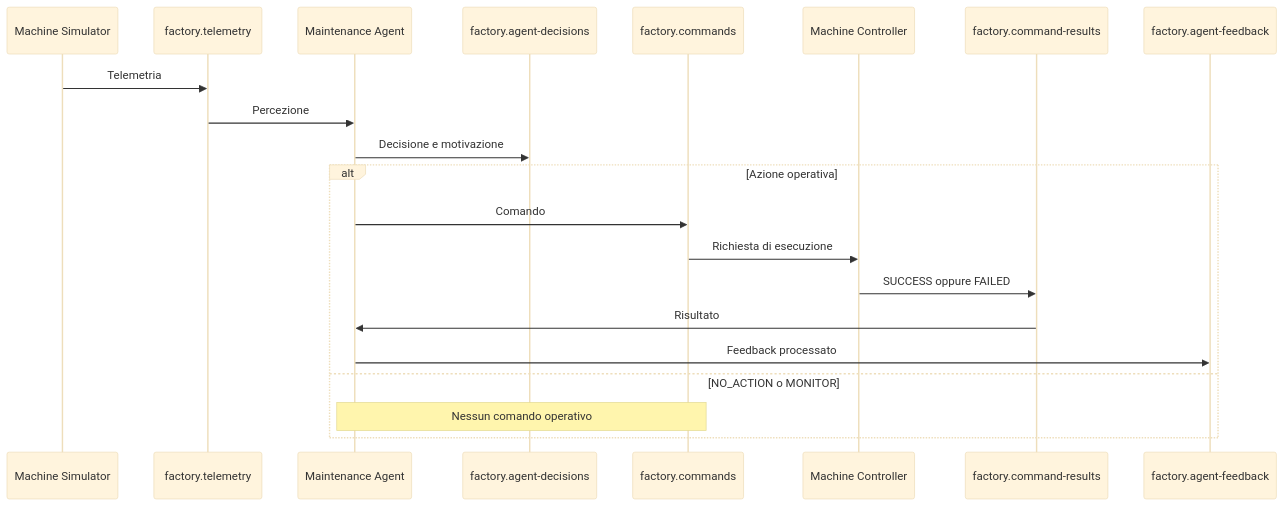
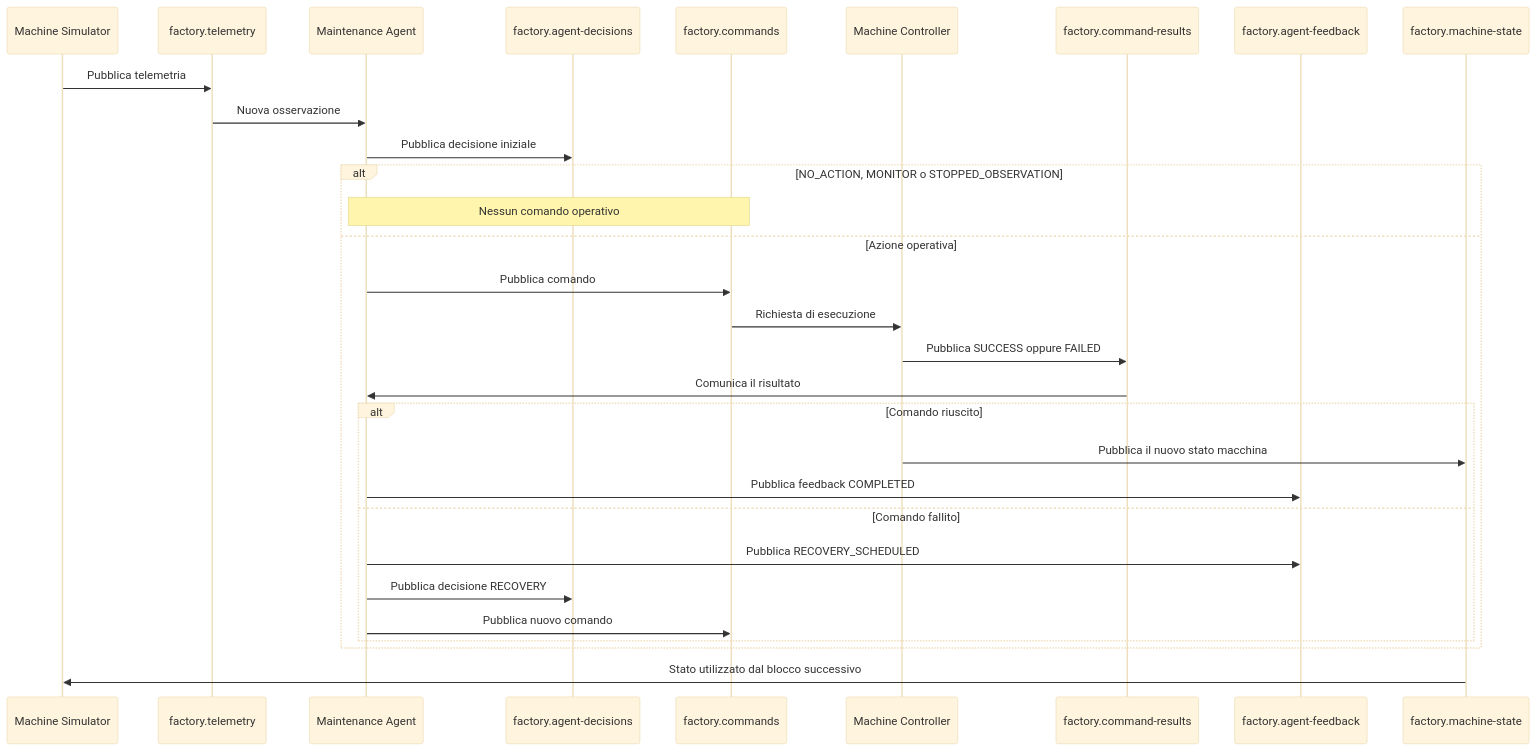
The sixth of 6 diagrams in docs/01-agenti.md (giuliacacciamani17/v2-redpanda-agentic-smart-factory), drawn with Mermaid (base theme) before and after one commit. The commit also changed other lines of this file, not shown here.

````diff
--- a/docs/01-agenti.md
+++ b/docs/01-agenti.md
@@ -507,24 +643,36 @@
 ```mermaid
 sequenceDiagram
     participant S as Machine Simulator
     participant T as factory.telemetry
     participant A as Maintenance Agent
     participant D as factory.agent-decisions
     participant C as factory.commands
     participant MC as Machine Controller
     participant R as factory.command-results
     participant F as factory.agent-feedback
+    participant MS as factory.machine-state
 
-    S->>T: Telemetria
-    T->>A: Percezione
-    A->>D: Decisione e motivazione
-    alt Azione operativa
-        A->>C: Comando
+    S->>T: Pubblica telemetria
+    T->>A: Nuova osservazione
+    A->>D: Pubblica decisione iniziale
+
+    alt NO_ACTION, MONITOR o STOPPED_OBSERVATION
+        Note over A,C: Nessun comando operativo
+    else Azione operativa
+        A->>C: Pubblica comando
         C->>MC: Richiesta di esecuzione
-        MC->>R: SUCCESS oppure FAILED
-        R->>A: Risultato
-        A->>F: Feedback processato
-    else NO_ACTION o MONITOR
-        Note over A,C: Nessun comando operativo
+        MC->>R: Pubblica SUCCESS oppure FAILED
+        R->>A: Comunica il risultato
+
+        alt Comando riuscito
+            MC->>MS: Pubblica il nuovo stato macchina
+            A->>F: Pubblica feedback COMPLETED
+        else Comando fallito
+            A->>F: Pubblica RECOVERY_SCHEDULED
+            A->>D: Pubblica decisione RECOVERY
+            A->>C: Pubblica nuovo comando
+        end
     end
+
+    MS->>S: Stato utilizzato dal blocco successivo
 ```
````
